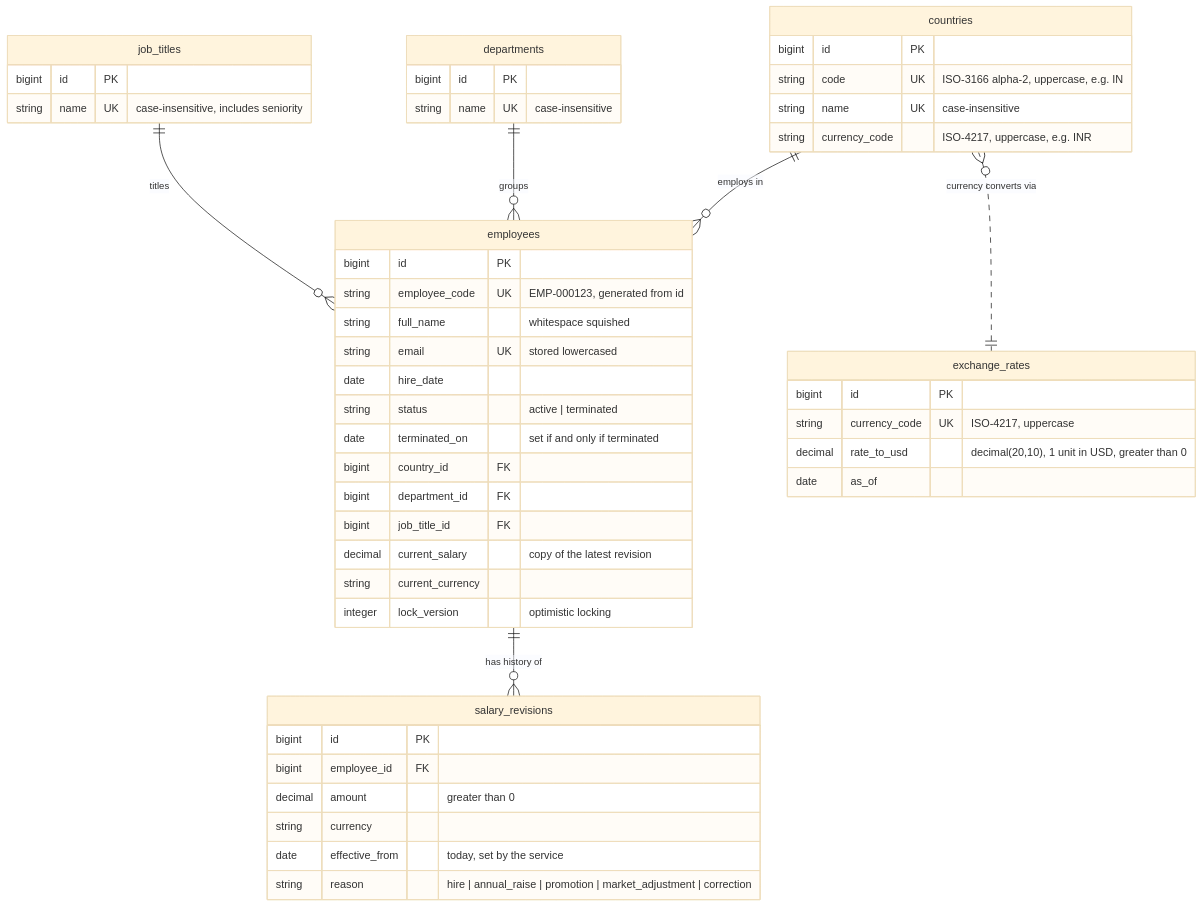
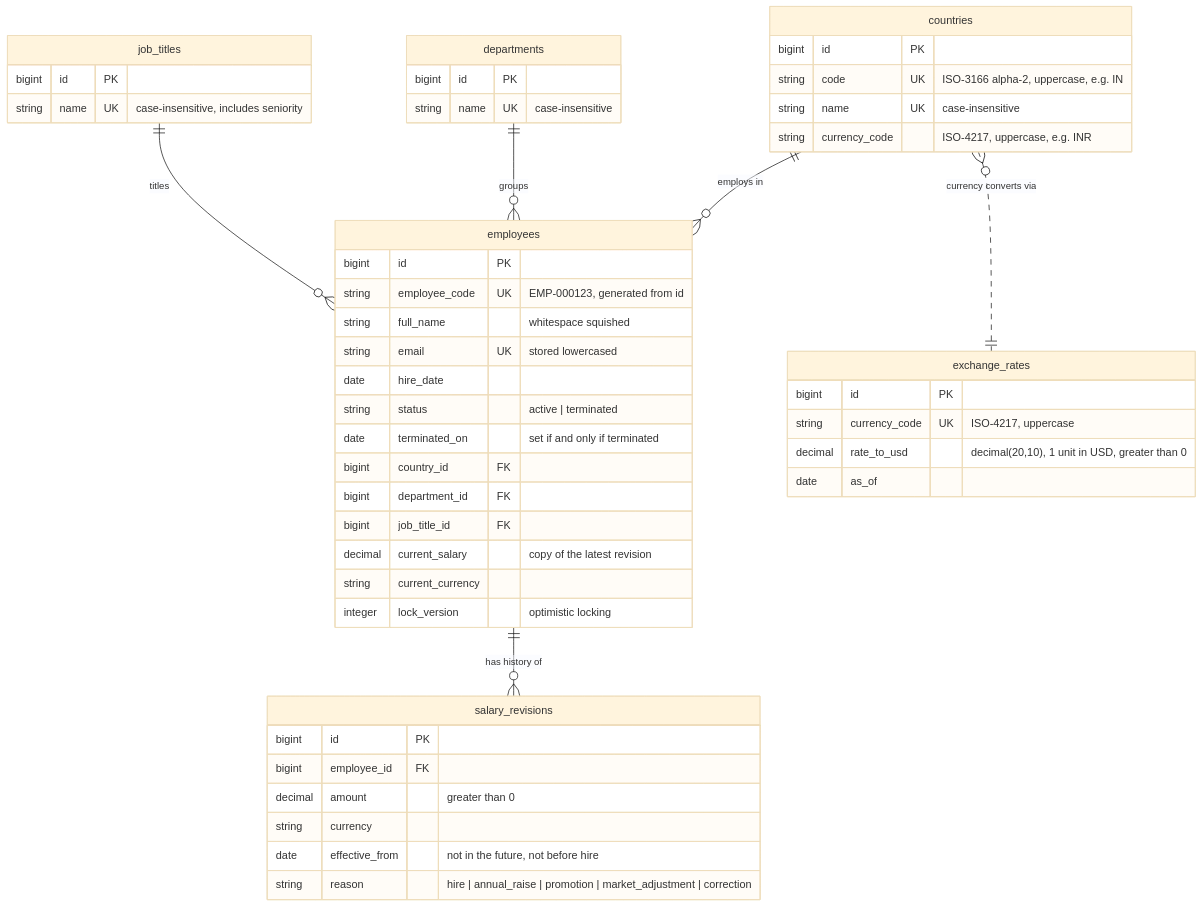
Before and after one commit to Kaustubh-githubs/Horizon: the first of 2 diagrams in docs/schema.md, drawn with Mermaid (base theme). The commit also changed other lines of this file and 7 other files, not shown here.

````diff
--- a/docs/schema.md
+++ b/docs/schema.md
@@ -11,52 +11,52 @@
 ```mermaid
 erDiagram
     countries ||--o{ employees : "employs in"
     departments ||--o{ employees : "groups"
     job_titles ||--o{ employees : "titles"
     employees ||--o{ salary_revisions : "has history of"
     countries }o..|| exchange_rates : "currency converts via"
 
     countries {
         bigint id PK
         string code UK "ISO-3166 alpha-2, uppercase, e.g. IN"
         string name UK "case-insensitive"
         string currency_code "ISO-4217, uppercase, e.g. INR"
     }
     exchange_rates {
         bigint id PK
         string currency_code UK "ISO-4217, uppercase"
         decimal rate_to_usd "decimal(20,10), 1 unit in USD, greater than 0"
         date as_of
     }
     departments {
         bigint id PK
         string name UK "case-insensitive"
     }
     job_titles {
         bigint id PK
         string name UK "case-insensitive, includes seniority"
     }
     employees {
         bigint id PK
         string employee_code UK "EMP-000123, generated from id"
         string full_name "whitespace squished"
         string email UK "stored lowercased"
         date hire_date
         string status "active | terminated"
         date terminated_on "set if and only if terminated"
         bigint country_id FK
         bigint department_id FK
         bigint job_title_id FK
         decimal current_salary "copy of the latest revision"
         string current_currency
         integer lock_version "optimistic locking"
     }
     salary_revisions {
         bigint id PK
         bigint employee_id FK
         decimal amount "greater than 0"
         string currency
-        date effective_from "today, set by the service"
+        date effective_from "not in the future, not before hire"
         string reason "hire | annual_raise | promotion | market_adjustment | correction"
     }
 ```
````
